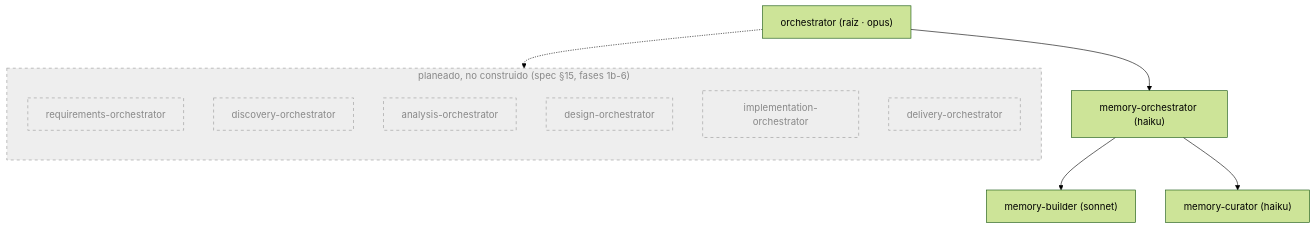
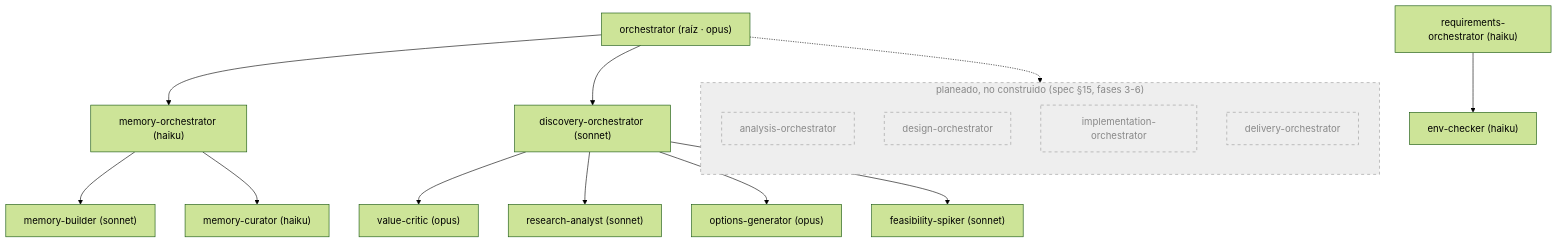
One commit to davidgarciagordo/swarm changed the first of 3 diagrams in README.es.md. Above: the diagram before and after it, drawn with Mermaid (forest theme). The commit also changed other lines of this file and 3 other files, not shown here.

````diff
--- a/README.es.md
+++ b/README.es.md
@@ -22,27 +23,38 @@
 ```mermaid
 flowchart TD
     O["orchestrator (raíz · opus)"]
     MO["memory-orchestrator (haiku)"]
     MB["memory-builder (sonnet)"]
     MC["memory-curator (haiku)"]
+    RO["requirements-orchestrator (haiku)"]
+    EC["env-checker (haiku)"]
+    DO["discovery-orchestrator (sonnet)"]
+    VC["value-critic (opus)"]
+    RA["research-analyst (sonnet)"]
+    OG["options-generator (opus)"]
+    FS["feasibility-spiker (sonnet)"]
 
     O --> MO
     MO --> MB
     MO --> MC
+    O --> DO
+    DO --> VC
+    DO --> RA
+    DO --> OG
+    DO --> FS
+    RO --> EC
 
-    subgraph planned["planeado, no construido (spec §15, fases 1b-6)"]
+    subgraph planned["planeado, no construido (spec §15, fases 3-6)"]
         direction TB
-        RO["requirements-orchestrator"]
-        DO["discovery-orchestrator"]
         AO["analysis-orchestrator"]
         DGO["design-orchestrator"]
         IO["implementation-orchestrator"]
         DLO["delivery-orchestrator"]
     end
 
     O -.-> planned
 
     classDef planned fill:#eee,stroke:#999,color:#888,stroke-dasharray: 5 5;
-    class RO,DO,AO,DGO,IO,DLO planned
+    class AO,DGO,IO,DLO planned
     class planned planned
 ```
````
